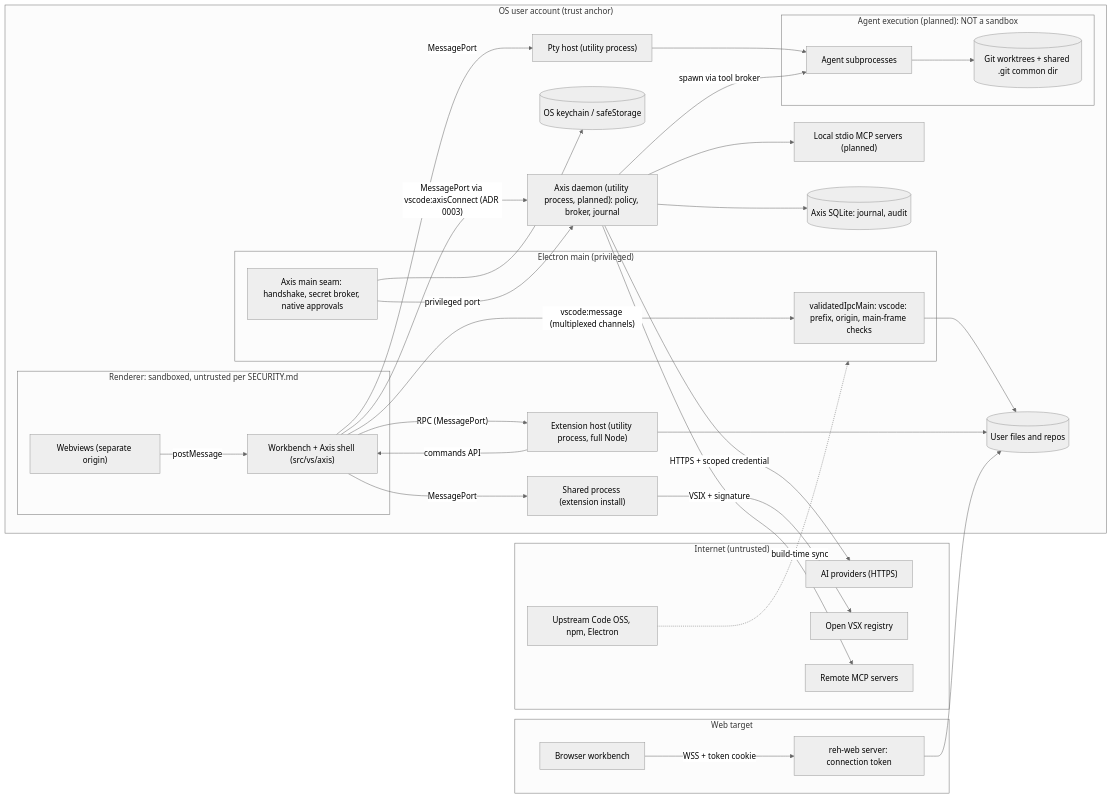
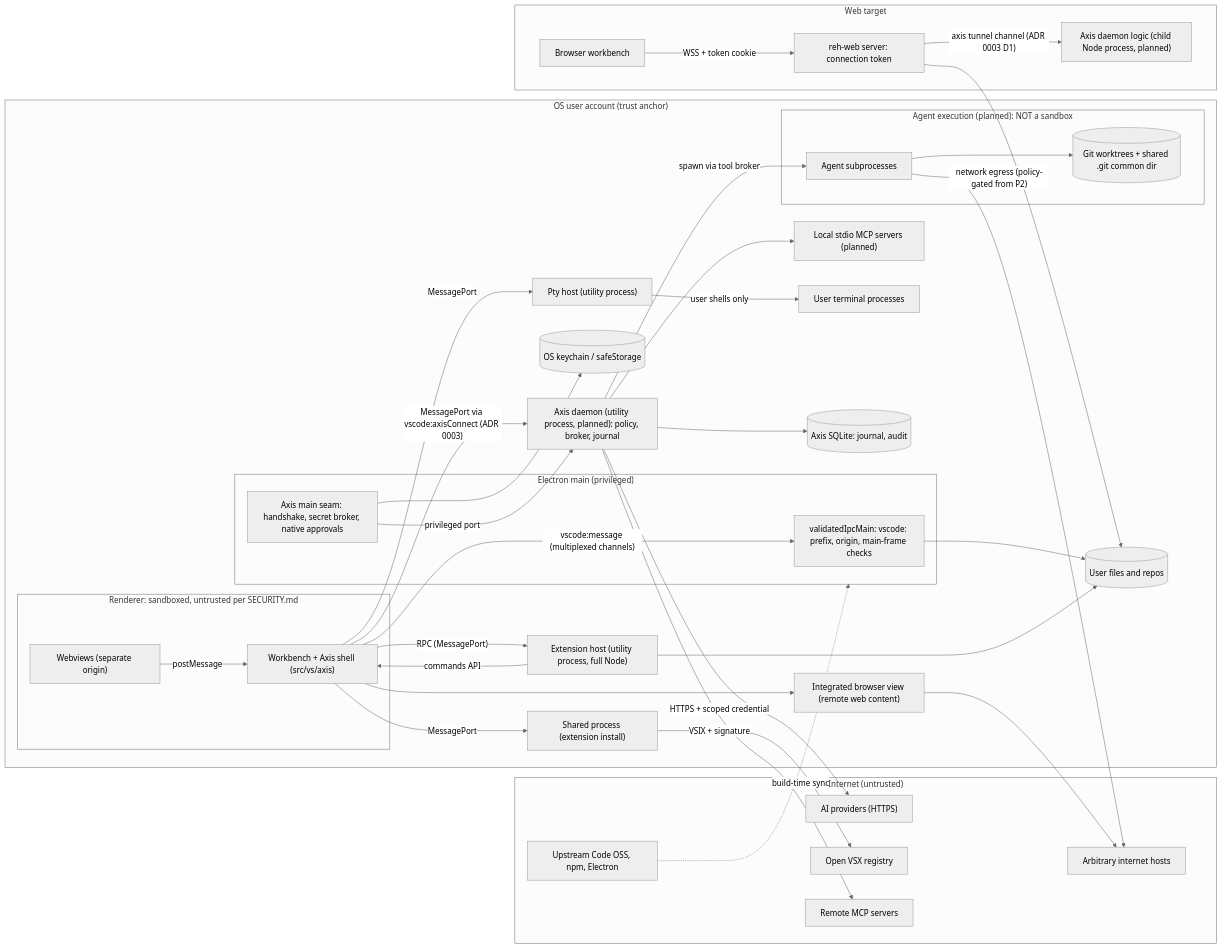
Before and after one commit to DylanLambertson/Axis: the diagram in docs/security/threat-model-phase0.md, drawn with Mermaid (neutral theme). The commit also changed other lines of this file and 1 other file, not shown here.

````diff
--- a/docs/security/threat-model-phase0.md
+++ b/docs/security/threat-model-phase0.md
@@ -57,58 +67,66 @@
 ```mermaid
 flowchart LR
   subgraph EXT_NET["Internet (untrusted)"]
     PRV["AI providers (HTTPS)"]
     OVSX["Open VSX registry"]
     UPS["Upstream Code OSS, npm, Electron"]
     RMCP["Remote MCP servers"]
+    NET["Arbitrary internet hosts"]
   end
   subgraph OSU["OS user account (trust anchor)"]
     KC[("OS keychain / safeStorage")]
     FS[("User files and repos")]
     subgraph MAIN["Electron main (privileged)"]
       VIPC["validatedIpcMain: vscode: prefix, origin, main-frame checks"]
       AXM["Axis main seam: handshake, secret broker, native approvals"]
     end
     subgraph REND["Renderer: sandboxed, untrusted per SECURITY.md"]
       WB["Workbench + Axis shell (src/vs/axis)"]
       WV["Webviews (separate origin)"]
     end
     EH["Extension host (utility process, full Node)"]
     PTY["Pty host (utility process)"]
     SHP["Shared process (extension install)"]
     DMN["Axis daemon (utility process, planned): policy, broker, journal"]
     subgraph WTZ["Agent execution (planned): NOT a sandbox"]
       AGP["Agent subprocesses"]
       WT[("Git worktrees + shared .git common dir")]
     end
     LMCP["Local stdio MCP servers (planned)"]
+    USH["User terminal processes"]
+    IBV["Integrated browser view (remote web content)"]
     DB[("Axis SQLite: journal, audit")]
   end
   subgraph WEBZ["Web target"]
     BR["Browser workbench"]
     REH["reh-web server: connection token"]
+    DMNW["Axis daemon logic (child Node process, planned)"]
   end
 
   WB -- "vscode:message (multiplexed channels)" --> VIPC
   WB -- "MessagePort via vscode:axisConnect (ADR 0003)" --> DMN
   WV -- "postMessage" --> WB
   WB -- "RPC (MessagePort)" --> EH
   WB -- "MessagePort" --> PTY
   WB -- "MessagePort" --> SHP
   AXM -- "privileged port" --> DMN
   AXM --> KC
   VIPC --> FS
   EH --> FS
   EH -- "commands API" --> WB
-  PTY --> AGP
+  PTY -- "user shells only" --> USH
   DMN -- "spawn via tool broker" --> AGP
   AGP --> WT
+  AGP -- "network egress (policy-gated from P2)" --> NET
+  WB --> IBV
+  IBV --> NET
   DMN --> DB
   DMN -- "HTTPS + scoped credential" --> PRV
   DMN --> LMCP
   DMN --> RMCP
   SHP -- "VSIX + signature" --> OVSX
   UPS -. "build-time sync" .-> MAIN
   BR -- "WSS + token cookie" --> REH
   REH --> FS
+  REH -- "axis tunnel channel (ADR 0003 D1)" --> DMNW
 ```
````
